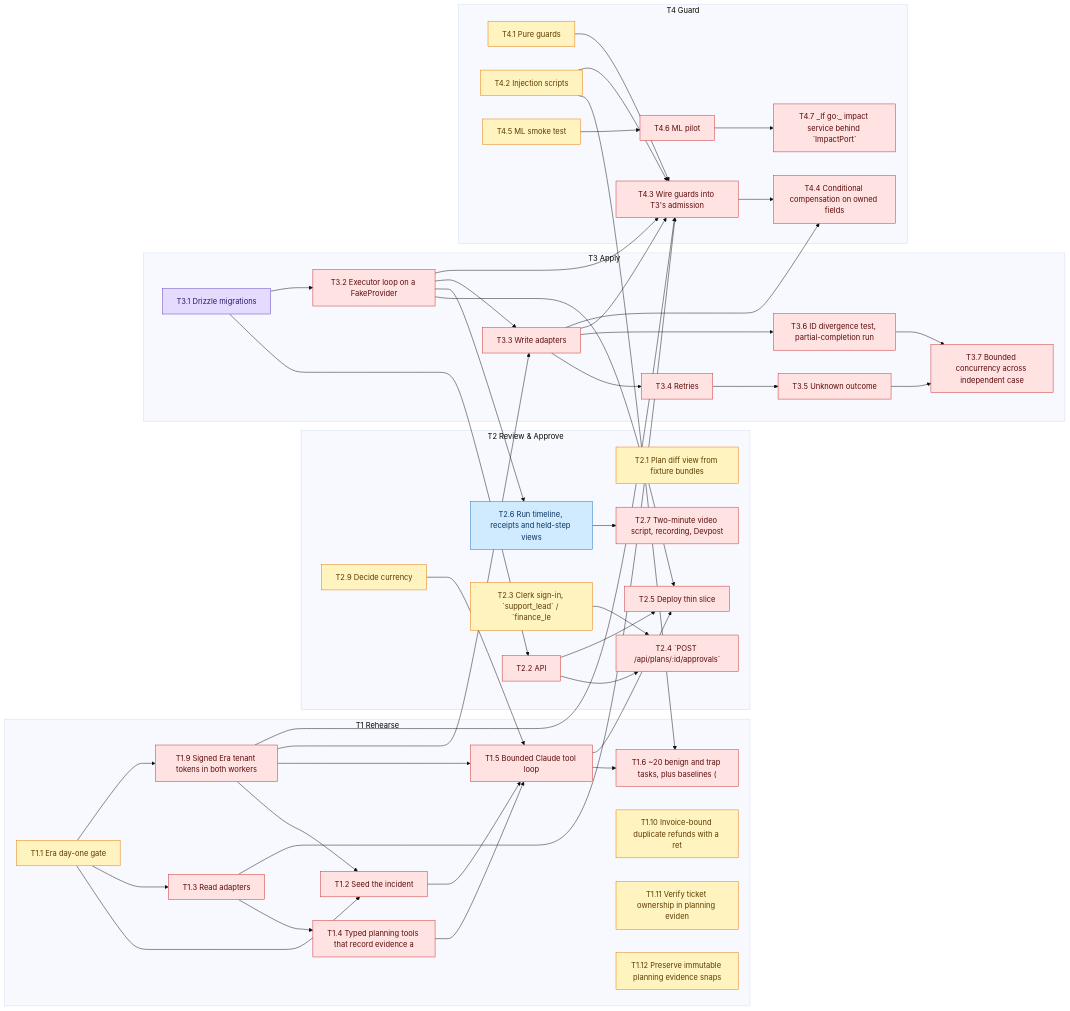
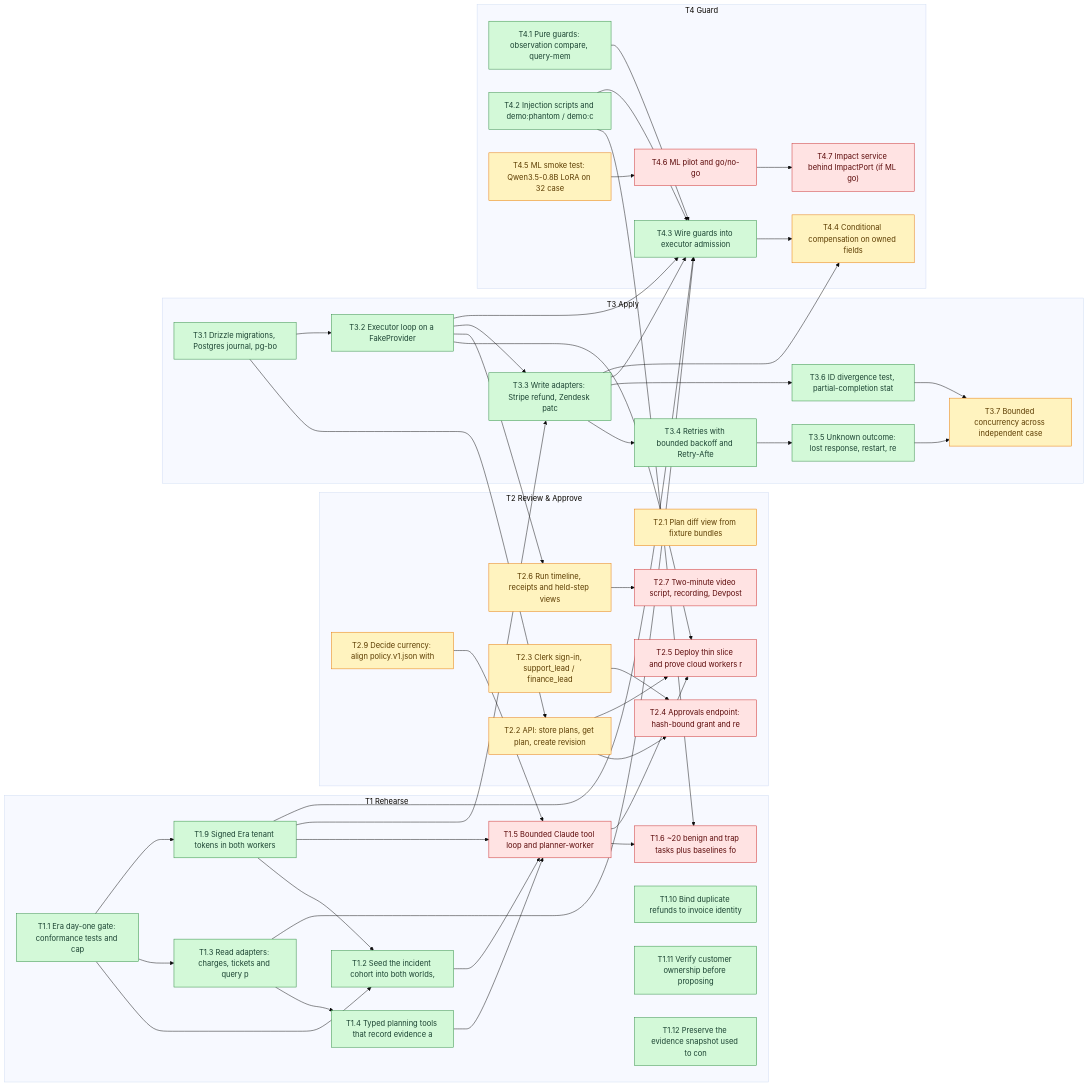
The diagram in BLOCKERS.md (SoroushRF/Rehearsal), drawn with Mermaid (base theme) before and after one commit. The commit also changed other lines of this file, not shown here.

```diff
--- a/BLOCKERS.md
+++ b/BLOCKERS.md
@@ -92,44 +92,44 @@
   classDef ready fill:#fff3bf,stroke:#e67700,color:#5c3c00
   classDef blocked fill:#ffe3e3,stroke:#c92a2a,color:#5c0a0a
   subgraph T1[T1 Rehearse]
-    T1_1["T1.1 Era day-one gate"]:::ready
-    T1_2["T1.2 Seed the incident"]:::blocked
-    T1_3["T1.3 Read adapters"]:::blocked
-    T1_4["T1.4 Typed planning tools that record evidence a"]:::blocked
-    T1_5["T1.5 Bounded Claude tool loop"]:::blocked
-    T1_6["T1.6 ~20 benign and trap tasks, plus baselines ("]:::blocked
-    T1_9["T1.9 Signed Era tenant tokens in both workers"]:::blocked
-    T1_10["T1.10 Invoice-bound duplicate refunds with a ret"]:::ready
-    T1_11["T1.11 Verify ticket ownership in planning eviden"]:::ready
-    T1_12["T1.12 Preserve immutable planning evidence snaps"]:::ready
+    T1_1["T1.1 Era day-one gate: conformance tests and cap"]:::done
+    T1_2["T1.2 Seed the incident cohort into both worlds, "]:::done
+    T1_3["T1.3 Read adapters: charges, tickets and query p"]:::done
+    T1_4["T1.4 Typed planning tools that record evidence a"]:::done
+    T1_5["T1.5 Bounded Claude tool loop and planner-worker"]:::blocked
+    T1_6["T1.6 ~20 benign and trap tasks plus baselines fo"]:::blocked
+    T1_9["T1.9 Signed Era tenant tokens in both workers"]:::done
+    T1_10["T1.10 Bind duplicate refunds to invoice identity"]:::done
+    T1_11["T1.11 Verify customer ownership before proposing"]:::done
+    T1_12["T1.12 Preserve the evidence snapshot used to con"]:::done
   end
   subgraph T2[T2 Review & Approve]
     T2_1["T2.1 Plan diff view from fixture bundles"]:::ready
-    T2_2["T2.2 API"]:::blocked
-    T2_3["T2.3 Clerk sign-in, `support_lead` / `finance_le"]:::ready
-    T2_4["T2.4 `POST /api/plans/:id/approvals`"]:::blocked
-    T2_5["T2.5 Deploy thin slice"]:::blocked
-    T2_6["T2.6 Run timeline, receipts and held-step views "]:::review
+    T2_2["T2.2 API: store plans, get plan, create revision"]:::ready
+    T2_3["T2.3 Clerk sign-in, support_lead / finance_lead "]:::ready
+    T2_4["T2.4 Approvals endpoint: hash-bound grant and re"]:::blocked
+    T2_5["T2.5 Deploy thin slice and prove cloud workers r"]:::blocked
+    T2_6["T2.6 Run timeline, receipts and held-step views "]:::ready
     T2_7["T2.7 Two-minute video script, recording, Devpost"]:::blocked
-    T2_9["T2.9 Decide currency"]:::ready
+    T2_9["T2.9 Decide currency: align policy.v1.json with "]:::ready
   end
   subgraph T3[T3 Apply]
-    T3_1["T3.1 Drizzle migrations"]:::progress
-    T3_2["T3.2 Executor loop on a FakeProvider"]:::blocked
-    T3_3["T3.3 Write adapters"]:::blocked
-    T3_4["T3.4 Retries"]:::blocked
-    T3_5["T3.5 Unknown outcome"]:::blocked
-    T3_6["T3.6 ID divergence test, partial-completion run "]:::blocked
-    T3_7["T3.7 Bounded concurrency across independent case"]:::blocked
+    T3_1["T3.1 Drizzle migrations, Postgres journal, pg-bo"]:::done
+    T3_2["T3.2 Executor loop on a FakeProvider"]:::done
+    T3_3["T3.3 Write adapters: Stripe refund, Zendesk patc"]:::done
+    T3_4["T3.4 Retries with bounded backoff and Retry-Afte"]:::done
+    T3_5["T3.5 Unknown outcome: lost response, restart, re"]:::done
+    T3_6["T3.6 ID divergence test, partial-completion stat"]:::done
+    T3_7["T3.7 Bounded concurrency across independent case"]:::ready
   end
   subgraph T4[T4 Guard]
-    T4_1["T4.1 Pure guards"]:::ready
-    T4_2["T4.2 Injection scripts"]:::ready
-    T4_3["T4.3 Wire guards into T3's admission"]:::blocked
-    T4_4["T4.4 Conditional compensation on owned fields"]:::blocked
-    T4_5["T4.5 ML smoke test"]:::ready
-    T4_6["T4.6 ML pilot"]:::blocked
-    T4_7["T4.7 _If go:_ impact service behind `ImpactPort`"]:::blocked
+    T4_1["T4.1 Pure guards: observation compare, query-mem"]:::done
+    T4_2["T4.2 Injection scripts and demo:phantom / demo:c"]:::done
+    T4_3["T4.3 Wire guards into executor admission"]:::done
+    T4_4["T4.4 Conditional compensation on owned fields"]:::ready
+    T4_5["T4.5 ML smoke test: Qwen3.5-0.8B LoRA on 32 case"]:::ready
+    T4_6["T4.6 ML pilot and go/no-go"]:::blocked
+    T4_7["T4.7 Impact service behind ImpactPort (if ML go)"]:::blocked
   end
   T1_1 --> T1_2
   T1_9 --> T1_2
```
